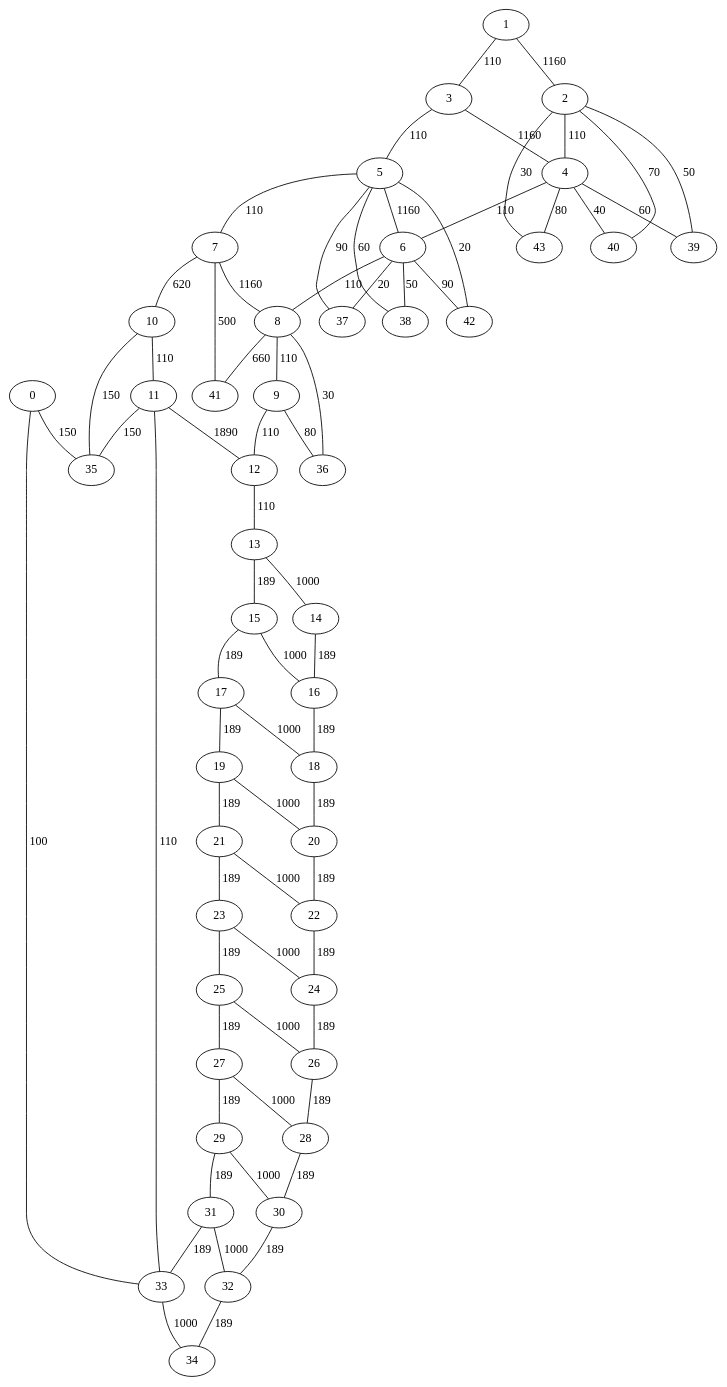
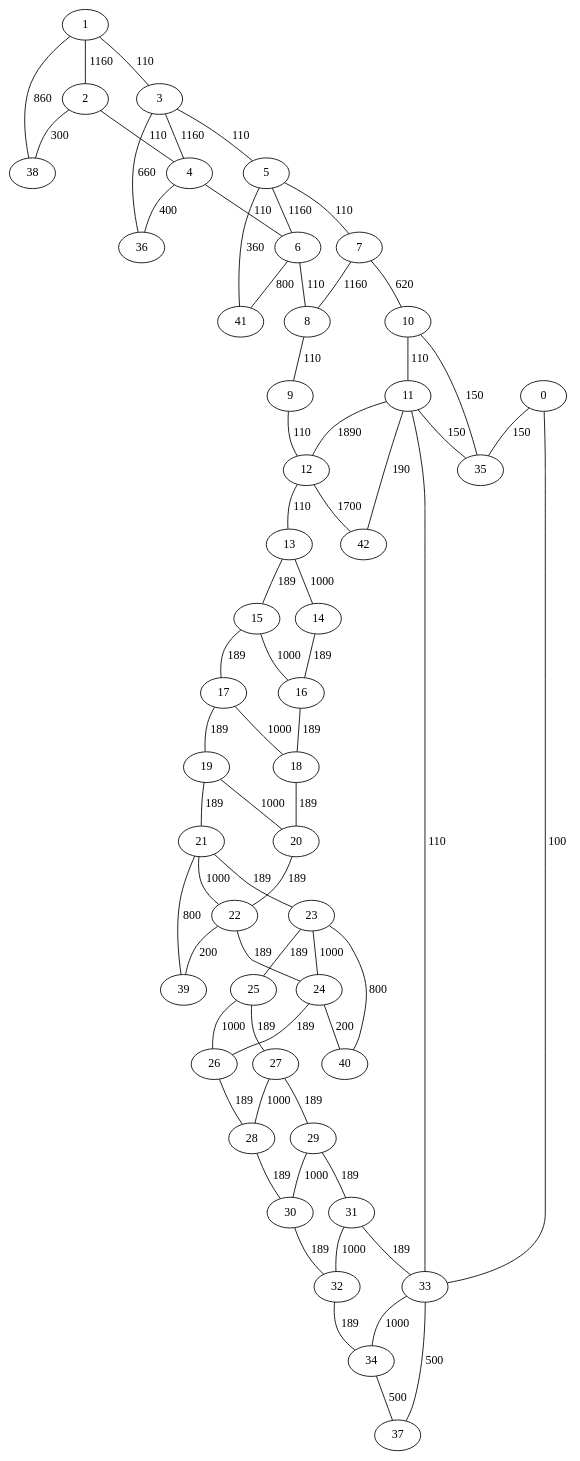
The diagram in step2.dot (EmericBraud/fil_rouge_pharma), drawn with Graphviz before and after one commit. The commit also changed 13 other files, not shown here.

```diff
--- a/step2.dot
+++ b/step2.dot
@@ -1,70 +1,68 @@
 graph Warehouse {
     0 -- 35 [label="150"];
     0 -- 33 [label="100"];
+    1 -- 38 [label="860"];
     1 -- 3 [label="110"];
     1 -- 2 [label="1160"];
-    2 -- 39 [label="50"];
-    2 -- 43 [label="30"];
+    2 -- 38 [label="300"];
     2 -- 4 [label="110"];
-    2 -- 40 [label="70"];
+    3 -- 36 [label="660"];
     3 -- 5 [label="110"];
     3 -- 4 [label="1160"];
-    4 -- 43 [label="80"];
-    4 -- 40 [label="40"];
-    4 -- 39 [label="60"];
+    4 -- 36 [label="400"];
     4 -- 6 [label="110"];
-    5 -- 38 [label="60"];
-    5 -- 37 [label="90"];
+    5 -- 41 [label="360"];
     5 -- 7 [label="110"];
     5 -- 6 [label="1160"];
-    5 -- 42 [label="20"];
-    6 -- 42 [label="90"];
-    6 -- 38 [label="50"];
-    6 -- 37 [label="20"];
+    6 -- 41 [label="800"];
     6 -- 8 [label="110"];
-    7 -- 41 [label="500"];
     7 -- 10 [label="620"];
     7 -- 8 [label="1160"];
-    8 -- 41 [label="660"];
-    8 -- 36 [label="30"];
     8 -- 9 [label="110"];
-    9 -- 36 [label="80"];
     9 -- 12 [label="110"];
     10 -- 35 [label="150"];
     10 -- 11 [label="110"];
+    11 -- 42 [label="190"];
     11 -- 35 [label="150"];
     11 -- 33 [label="110"];
     11 -- 12 [label="1890"];
+    12 -- 42 [label="1700"];
     12 -- 13 [label="110"];
     13 -- 15 [label="189"];
     13 -- 14 [label="1000"];
     14 -- 16 [label="189"];
     15 -- 17 [label="189"];
     15 -- 16 [label="1000"];
     16 -- 18 [label="189"];
     17 -- 19 [label="189"];
     17 -- 18 [label="1000"];
     18 -- 20 [label="189"];
     19 -- 21 [label="189"];
     19 -- 20 [label="1000"];
     20 -- 22 [label="189"];
+    21 -- 39 [label="800"];
     21 -- 23 [label="189"];
     21 -- 22 [label="1000"];
+    22 -- 39 [label="200"];
     22 -- 24 [label="189"];
+    23 -- 40 [label="800"];
     23 -- 25 [label="189"];
     23 -- 24 [label="1000"];
+    24 -- 40 [label="200"];
     24 -- 26 [label="189"];
     25 -- 27 [label="189"];
     25 -- 26 [label="1000"];
     26 -- 28 [label="189"];
     27 -- 29 [label="189"];
     27 -- 28 [label="1000"];
     28 -- 30 [label="189"];
     29 -- 31 [label="189"];
     29 -- 30 [label="1000"];
     30 -- 32 [label="189"];
     31 -- 33 [label="189"];
     31 -- 32 [label="1000"];
     32 -- 34 [label="189"];
     33 -- 34 [label="1000"];
+    33 -- 37 [label="500"];
+    34 -- 37 [label="500"];
 }
```
